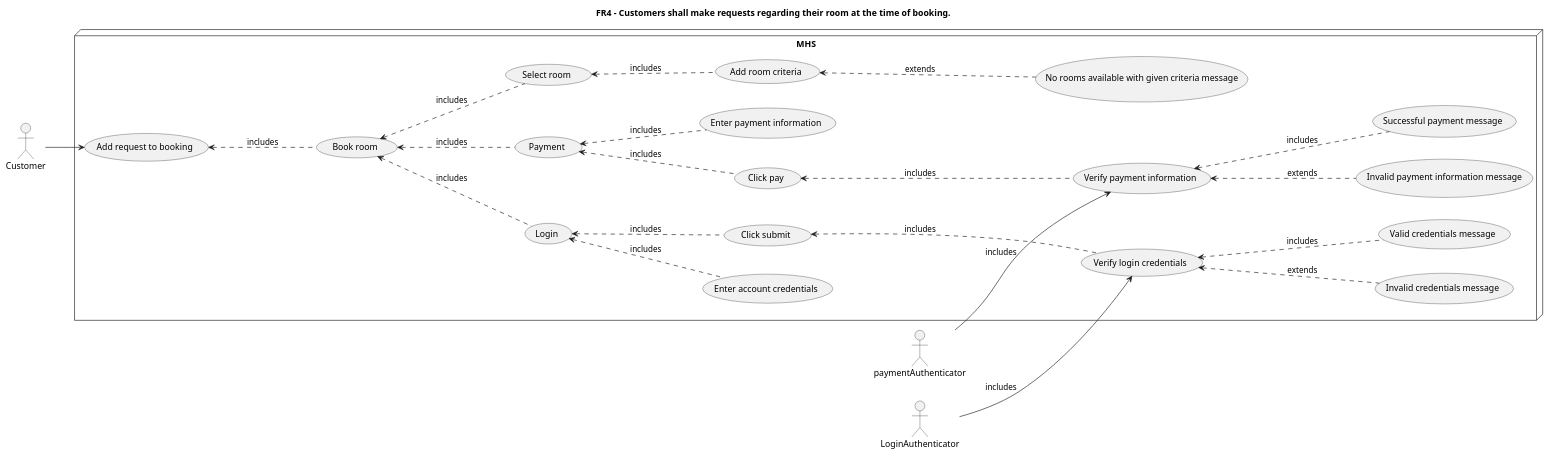
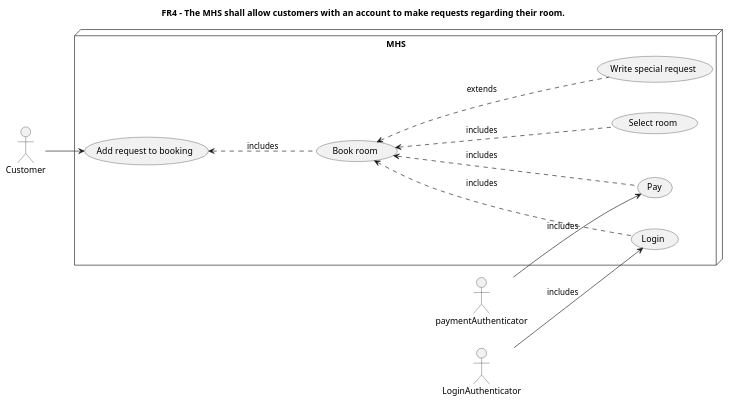
The diagram in documentation/UMLCodes/FR4UCDiagram.plantuml (notkaramel/ECSE321-Mar1HotelSystem), drawn with PlantUML before and after one commit.

Commit message:
Final UCD

```diff
--- a/documentation/UMLCodes/FR4UCDiagram.plantuml
+++ b/documentation/UMLCodes/FR4UCDiagram.plantuml
@@ -1,55 +1,33 @@
 @startuml CustomerUC
 'FR4 - The MHS shall allow a customer with an account to make specific requests regarding their room
 
-title FR4 - Customers shall make requests regarding their room at the time of booking.
+title FR4 - The MHS shall allow customers with an account to make requests regarding their room.
 'Use cases
 
 node MHS {
 (Add request to booking) as UC0
 (Book room) as UC1
 (Select room) as UC2
-(Add room criteria) as UC3
-(No rooms available with given criteria message) as UC4
 (Login) as UC5
-(Enter account credentials) as UC6
-(Click submit) as UC7
-(Verify login credentials) as UC8
-(Invalid credentials message) as UC9
-(Valid credentials message) as UC10
-(Payment) as UC11
-(Enter payment information) as UC12
-(Click pay) as UC13
-(Verify payment information) as UC14
-(Invalid payment information message) as UC15
-(Successful payment message) as UC16
+(Pay) as UC11
+(Write special request) as UC17
 
 left to right direction
 
 'Associations
 UC0 <-.- UC1  : includes
 UC1 <-.- UC2 : includes
-UC2 <-.- UC3 : includes
-UC3 <-.- UC4 : extends
+UC1 <-.- UC17 : extends
 UC1 <-.- UC5 : includes
-UC5 <-.- UC6 : includes
-UC5 <-.- UC7 : includes
 UC1 <-.- UC11 : includes
-UC11 <-.- UC13 : includes
-UC11 <-.- UC12 : includes
-UC13 <-.- UC14 : includes
-UC14 <-.- UC15 : extends
-UC14 <-.- UC16 : includes
-UC8 <-.- UC9 : extends
-UC8 <-.- UC10 : includes
-UC7 <-.- UC8 : includes
 }
 Customer --> UC0
-paymentAuthenticator --> UC14 : includes
-LoginAuthenticator --> UC8 : includes
+paymentAuthenticator --> UC11 : includes
+LoginAuthenticator --> UC5 : includes
 
 
 
 
 
 
 @enduml
```
